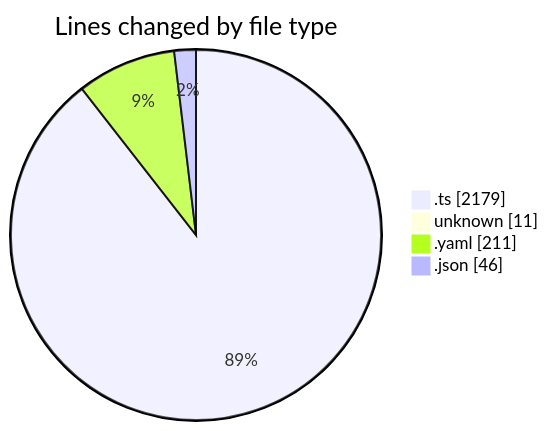
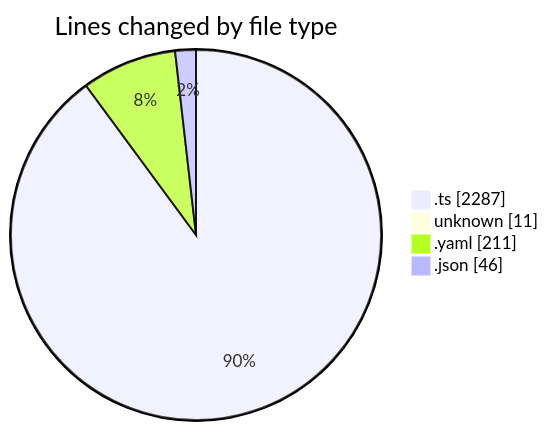
Before and after one commit to mevix1/code-tracking: the first of 2 diagrams in 2025-10-01/oura-api/README.md, drawn with Mermaid. The commit also changed other lines of this file and 1 other file, not shown here.

````diff
--- a/2025-10-01/oura-api/README.md
+++ b/2025-10-01/oura-api/README.md
@@ -40,8 +45,8 @@
 ```mermaid
 pie showData
 title Lines changed by file type
-".ts" : 2179
+".ts" : 2287
 "unknown" : 11
 ".yaml" : 211
 ".json" : 46
 ```
````
